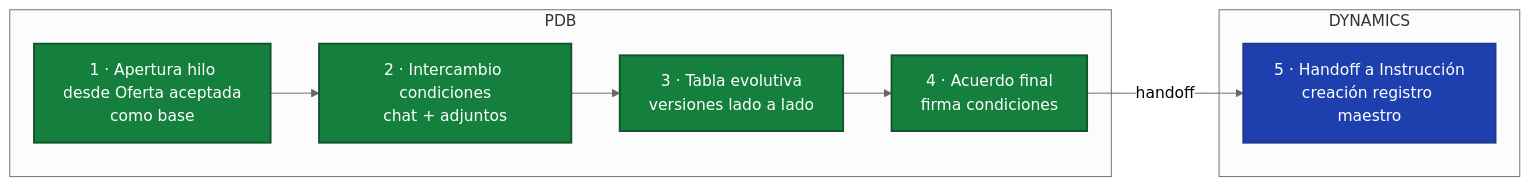
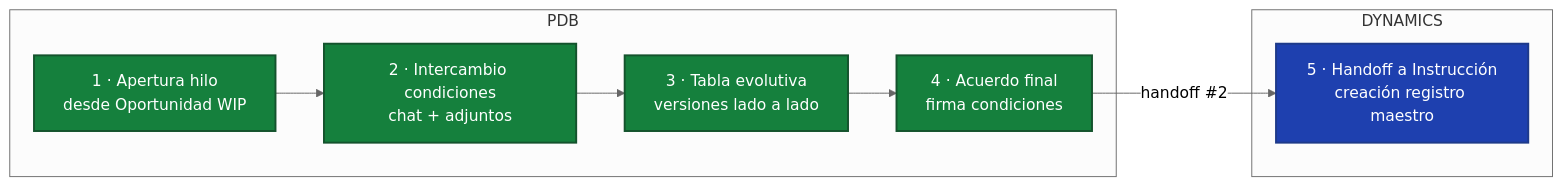
One commit to alvarosierra90-dot/pdb-crm changed the seventh of 10 diagrams in FLUJOS_PDB.md. Above: the diagram before and after it, drawn with Mermaid (neutral theme). The commit also changed other lines of this file and 2 other files, not shown here.

First line of the commit message:
Fix process flow: Oportunidad is WIP intermediate, not the origin

````diff
--- a/FLUJOS_PDB.md
+++ b/FLUJOS_PDB.md
@@ -218,23 +218,23 @@
 ```mermaid
 flowchart LR
     subgraph PDB[PDB]
-        P1[1 · Apertura hilo<br/>desde Oferta aceptada<br/>como base]
+        P1[1 · Apertura hilo<br/>desde Oportunidad WIP]
         P2[2 · Intercambio condiciones<br/>chat + adjuntos]
         P3[3 · Tabla evolutiva<br/>versiones lado a lado]
         P4[4 · Acuerdo final<br/>firma condiciones]
     end
 
     subgraph DYN[DYNAMICS]
         D5[5 · Handoff a Instrucción<br/>creación registro maestro]
     end
 
     P1 --> P2
     P2 --> P3
     P3 --> P4
-    P4 -->|handoff| D5
+    P4 -->|handoff #2| D5
 
     classDef dyn fill:#1e40af,stroke:#1e3a8a,color:#fff,stroke-width:2px
     classDef pdb fill:#15803d,stroke:#14532d,color:#fff,stroke-width:2px
     class D5 dyn
     class P1,P2,P3,P4 pdb
 ```
````
